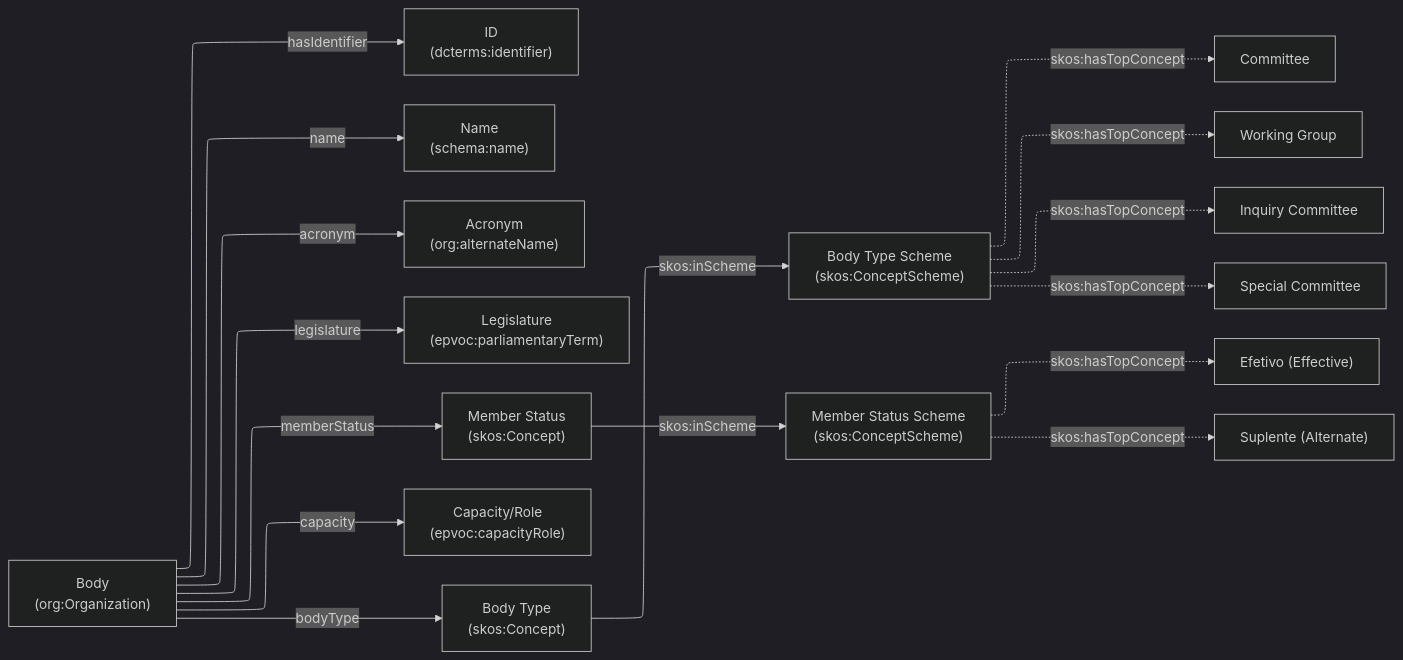
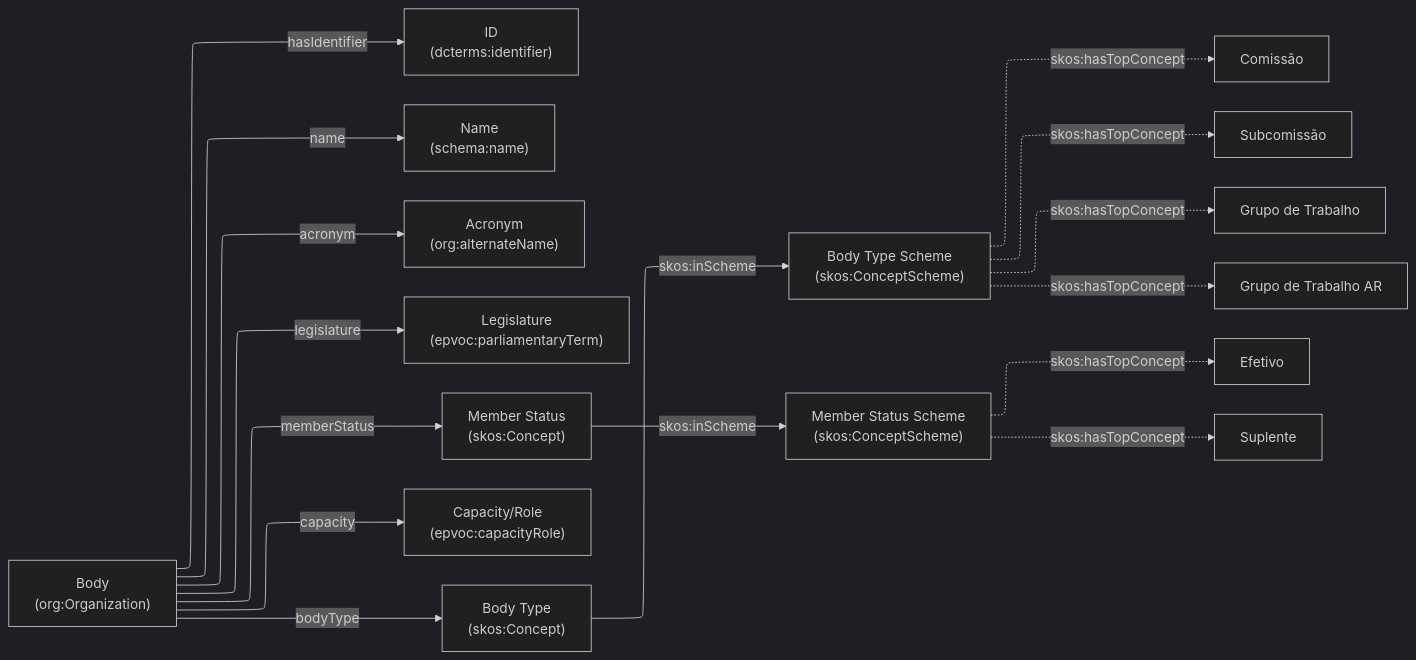
Before and after one commit to Kaankzlyar/orwell-generalized: the diagram in docs/registobiografico/bodies.mermaid, drawn with Mermaid (dark theme). The commit also changed 10 other files, not shown here.

Commit message:
fix some graphs

```diff
--- a/docs/registobiografico/bodies.mermaid
+++ b/docs/registobiografico/bodies.mermaid
@@ -1,22 +1,22 @@
 ---
 config:
   layout: elk
 ---
 flowchart LR
     Bodies["Body<br>(org:Organization)"] -- hasIdentifier --> bid["ID<br>(dcterms:identifier)"]
     Bodies -- name --> bname["Name<br>(schema:name)"]
     Bodies -- acronym --> bacr["Acronym<br>(org:alternateName)"]
     Bodies -- legislature --> bleg["Legislature<br>(epvoc:parliamentaryTerm)"]
     Bodies -- memberStatus --> bmstat["Member Status<br>(skos:Concept)"]
     Bodies -- capacity --> bcap["Capacity/Role<br>(epvoc:capacityRole)"]
     Bodies -- bodyType --> btype["Body Type<br>(skos:Concept)"]
     
     btype -->|"skos:inScheme"| btypeEnum["Body Type Scheme<br>(skos:ConceptScheme)"]
-    btypeEnum -.->|"skos:hasTopConcept"| bt1["Committee"]
-    btypeEnum -.->|"skos:hasTopConcept"| bt2["Working Group"]
-    btypeEnum -.->|"skos:hasTopConcept"| bt3["Inquiry Committee"]
-    btypeEnum -.->|"skos:hasTopConcept"| bt4["Special Committee"]
+    btypeEnum -.->|"skos:hasTopConcept"| bt1["Comissão"]
+    btypeEnum -.->|"skos:hasTopConcept"| bt4["Subcomissão"]
+    btypeEnum -.->|"skos:hasTopConcept"| bt2["Grupo de Trabalho"]
+    btypeEnum -.->|"skos:hasTopConcept"| bt3["Grupo de Trabalho AR"]
     
     bmstat -->|"skos:inScheme"| bmstatEnum["Member Status Scheme<br>(skos:ConceptScheme)"]
-    bmstatEnum -.->|"skos:hasTopConcept"| ms1["Efetivo (Effective)"]
-    bmstatEnum -.->|"skos:hasTopConcept"| ms2["Suplente (Alternate)"]
+    bmstatEnum -.->|"skos:hasTopConcept"| ms1["Efetivo"]
+    bmstatEnum -.->|"skos:hasTopConcept"| ms2["Suplente"]
```
